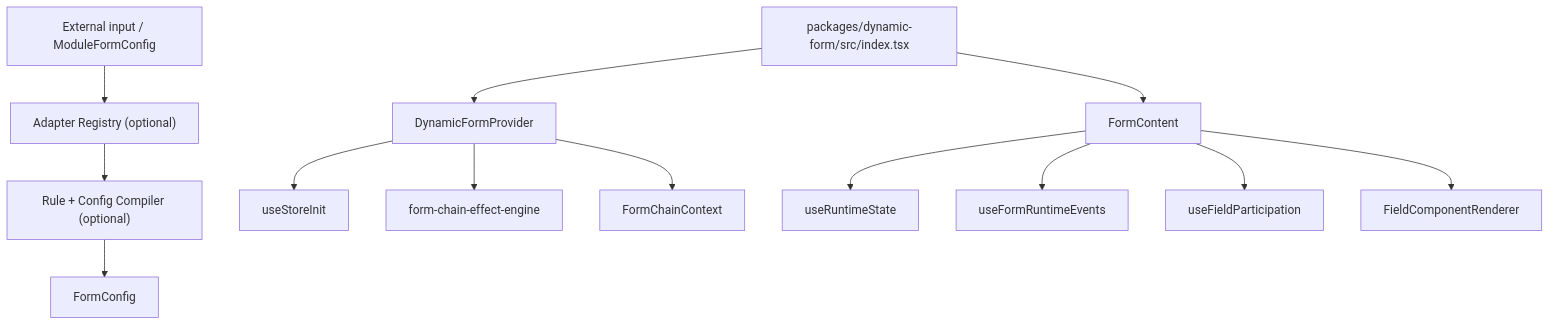
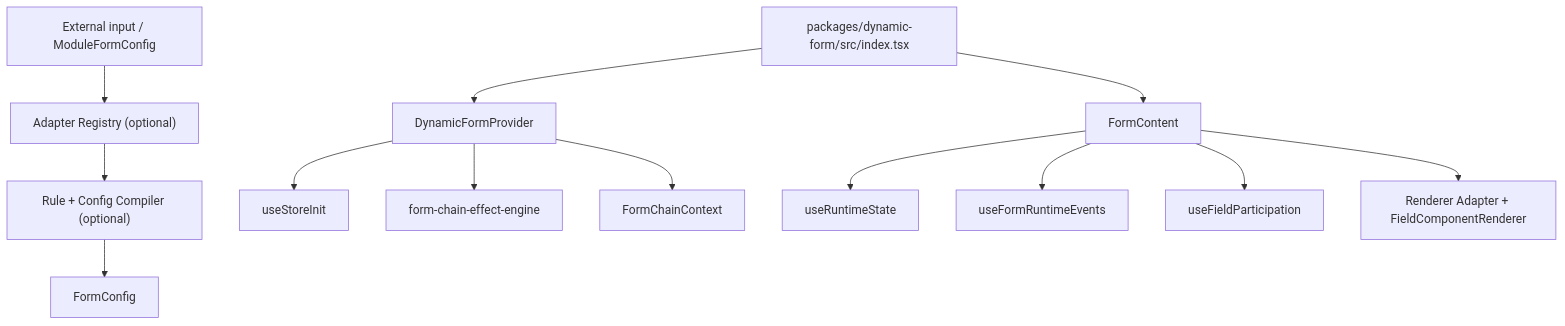
One commit to whynotsnow/dynamic-form changed the diagram in apps/docs-site/i18n/en/docusaurus-plugin-content-docs/current/ARCHITECTURE.md. Above: the diagram before and after it, drawn with Mermaid. The commit also changed other lines of this file and 10 other files, not shown here.

Commit message:
docs: document 4.1 renderer adapter architecture

````diff
--- a/apps/docs-site/i18n/en/docusaurus-plugin-content-docs/current/ARCHITECTURE.md
+++ b/apps/docs-site/i18n/en/docusaurus-plugin-content-docs/current/ARCHITECTURE.md
@@ -17,17 +17,17 @@
 ```mermaid
 flowchart TD
   external["External input / ModuleFormConfig"] --> adapter["Adapter Registry (optional)"]
   adapter --> compiler["Rule + Config Compiler (optional)"]
   compiler --> formConfig["FormConfig"]
 
   entry["packages/dynamic-form/src/index.tsx"] --> provider["DynamicFormProvider"]
   provider --> storeInit["useStoreInit"]
   provider --> effectEngine["form-chain-effect-engine"]
   provider --> context["FormChainContext"]
 
   entry --> content["FormContent"]
   content --> runtime["useRuntimeState"]
   content --> events["useFormRuntimeEvents"]
   content --> participation["useFieldParticipation"]
-  content --> renderer["FieldComponentRenderer"]
+  content --> renderer["Renderer Adapter + FieldComponentRenderer"]
 ```
````
